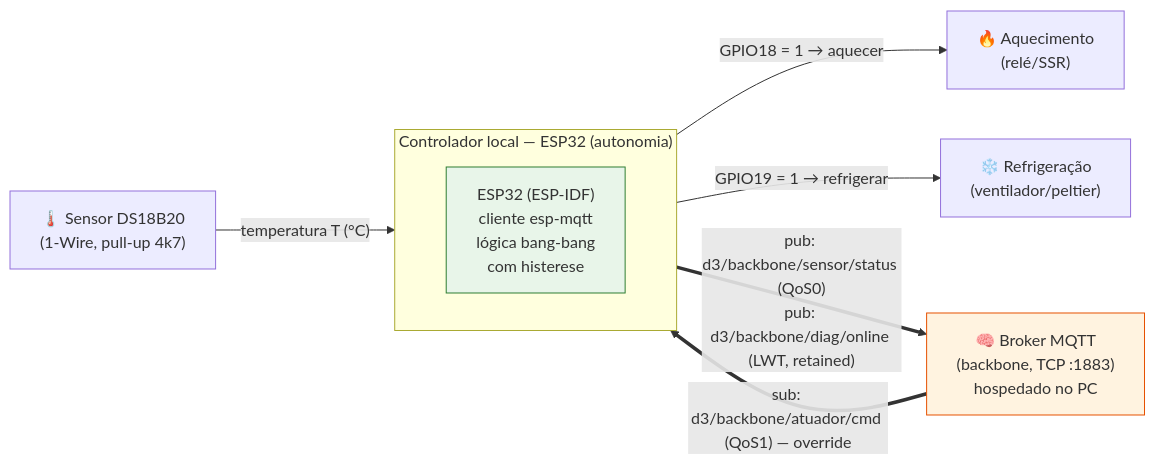
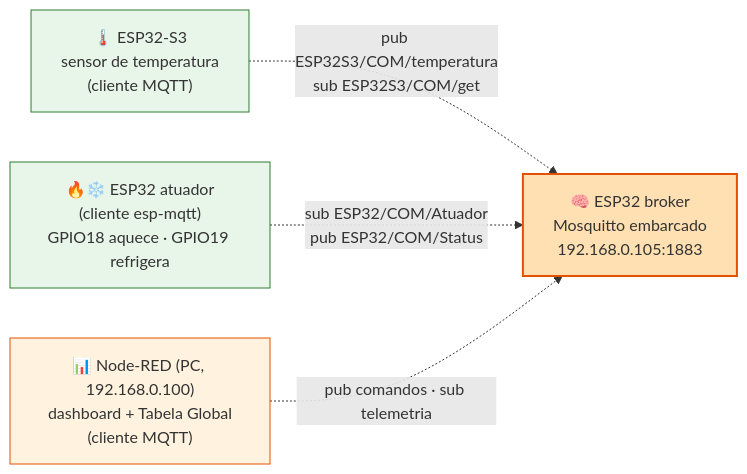
One commit to Scheeffer/Project_Nexus changed the first of 2 diagrams in rede-mqtt/README.md. Above: the diagram before and after it, drawn with Mermaid. The commit also changed other lines of this file, not shown here.

````diff
--- a/rede-mqtt/README.md
+++ b/rede-mqtt/README.md
@@ -37,22 +24,18 @@
 ```mermaid
 flowchart LR
-    SENS["🌡️ Sensor DS18B20<br/>(1-Wire, pull-up 4k7)"] -- "temperatura T (°C)" --> ESP
+    S3["🌡️ ESP32-S3<br/>sensor de temperatura<br/>(cliente MQTT)"]
+    BR["🧠 ESP32 broker<br/>Mosquitto embarcado<br/>192.168.0.105:1883"]
+    ACT["🔥❄️ ESP32 atuador<br/>(cliente esp-mqtt)<br/>GPIO18 aquece · GPIO19 refrigera"]
+    NR["📊 Node-RED (PC, 192.168.0.100)<br/>dashboard + Tabela Global<br/>(cliente MQTT)"]
 
-    subgraph LOCAL["Controlador local — ESP32 (autonomia)"]
-        direction TB
-        ESP["ESP32 (ESP-IDF)<br/>cliente esp-mqtt<br/>lógica bang-bang<br/>com histerese"]
-    end
+    S3 -. "pub ESP32S3/COM/temperatura<br/>sub ESP32S3/COM/get" .-> BR
+    ACT -. "sub ESP32/COM/Atuador<br/>pub ESP32/COM/Status" .-> BR
+    NR -. "pub comandos · sub telemetria" .-> BR
 
-    ESP -- "GPIO18 = 1 → aquecer" --> AQ["🔥 Aquecimento<br/>(relé/SSR)"]
-    ESP -- "GPIO19 = 1 → refrigerar" --> RF["❄️ Refrigeração<br/>(ventilador/peltier)"]
-
-    ESP == "pub: d3/backbone/sensor/status (QoS0)<br/>pub: d3/backbone/diag/online (LWT, retained)" ==> BR
-    BR == "sub: d3/backbone/atuador/cmd (QoS1) — override" ==> ESP
-
-    BR["🧠 Broker MQTT<br/>(backbone, TCP :1883)<br/>hospedado no PC"]
-
-    classDef local fill:#e8f5e9,stroke:#2e7d32,stroke-width:1px;
+    classDef broker fill:#ffe0b2,stroke:#e65100,stroke-width:2px;
+    classDef cliente fill:#e8f5e9,stroke:#2e7d32,stroke-width:1px;
     classDef central fill:#fff3e0,stroke:#e65100,stroke-width:1px;
-    class ESP local;
-    class BR central;
+    class BR broker;
+    class S3,ACT cliente;
+    class NR central;
 ```
````
